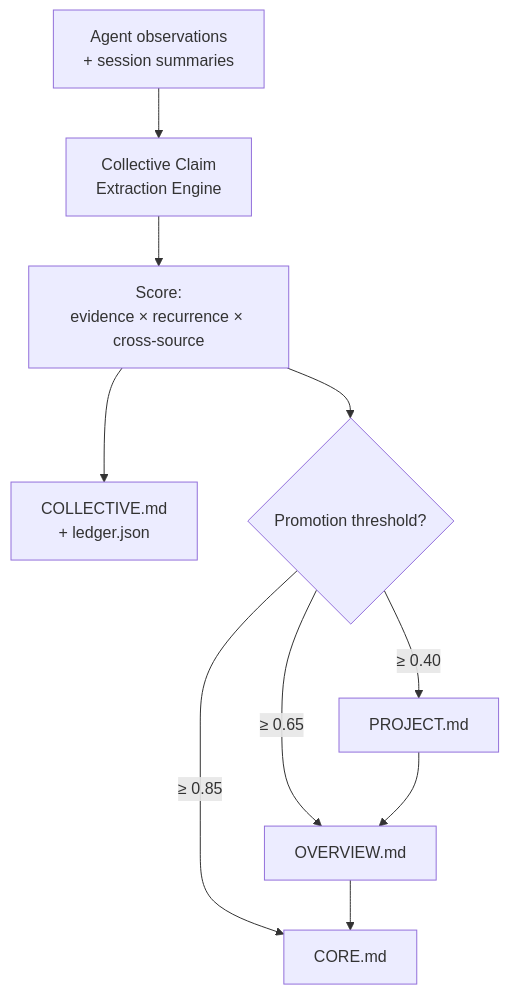
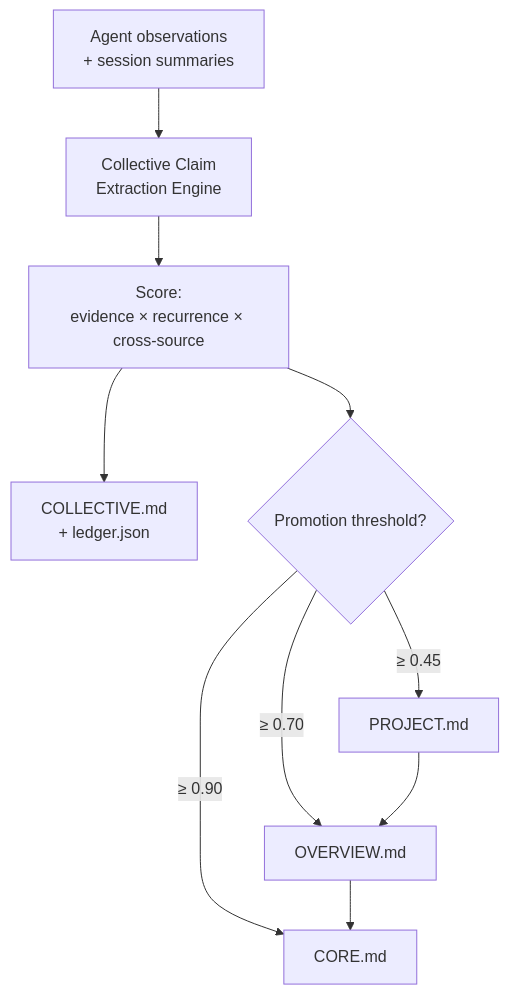
One commit to aegntic/clawreform changed the third of 3 diagrams in README.md. Above: the diagram before and after it, drawn with Mermaid. The commit also changed other lines of this file, not shown here.

````diff
--- a/README.md
+++ b/README.md
@@ -406,12 +410,12 @@
 ```mermaid
 flowchart TD
     A["Agent observations\n+ session summaries"] --> B["Collective Claim\nExtraction Engine"]
     B --> C["Score:\nevidence × recurrence × cross-source"]
     C --> D["COLLECTIVE.md\n+ ledger.json"]
     C --> E{"Promotion threshold?"}
-    E -- "≥ 0.40" --> F["PROJECT.md"]
-    E -- "≥ 0.65" --> G["OVERVIEW.md"]
-    E -- "≥ 0.85" --> H["CORE.md"]
+    E -- "≥ 0.45" --> F["PROJECT.md"]
+    E -- "≥ 0.70" --> G["OVERVIEW.md"]
+    E -- "≥ 0.90" --> H["CORE.md"]
     F --> G
     G --> H
 ```
````
